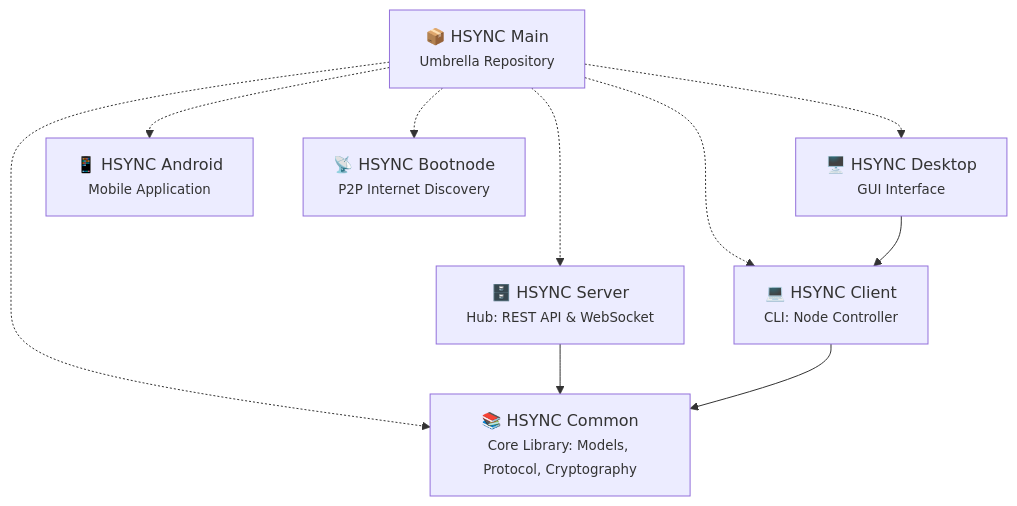
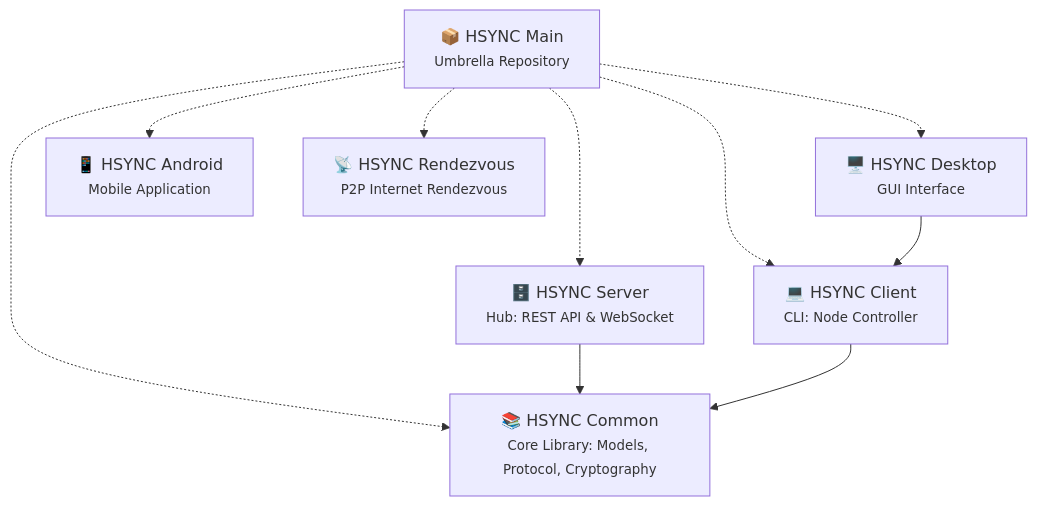
The third of 3 diagrams in README.md (albertsdk/hsync), drawn with Mermaid before and after one commit. The commit also changed other lines of this file and 2 other files, not shown here.

Commit message:
docs: point to the renamed hsync-rendezvous repository and rdv/1 protocol

````diff
--- a/README.md
+++ b/README.md
@@ -179,23 +179,23 @@
 ```mermaid
 flowchart TD
     Main["📦 HSYNC Main<br/><small>Umbrella Repository</small>"]
 
     Common["📚 HSYNC Common<br/><small>Core Library: Models, Protocol, Cryptography</small>"]
     Server["🗄️ HSYNC Server<br/><small>Hub: REST API & WebSocket</small>"]
     Client["💻 HSYNC Client<br/><small>CLI: Node Controller</small>"]
     Desktop["🖥️ HSYNC Desktop<br/><small>GUI Interface</small>"]
     Android["📱 HSYNC Android<br/><small>Mobile Application</small>"]
-    Bootnode["📡 HSYNC Bootnode<br/><small>P2P Internet Discovery</small>"]
+    Rendezvous["📡 HSYNC Rendezvous<br/><small>P2P Internet Rendezvous</small>"]
 
     Main -.-> Common
     Main -.-> Server
     Main -.-> Client
     Main -.-> Desktop
     Main -.-> Android
-    Main -.-> Bootnode
+    Main -.-> Rendezvous
 
     Server --> Common
     Client --> Common
     Desktop --> Client
 
 ```
````
